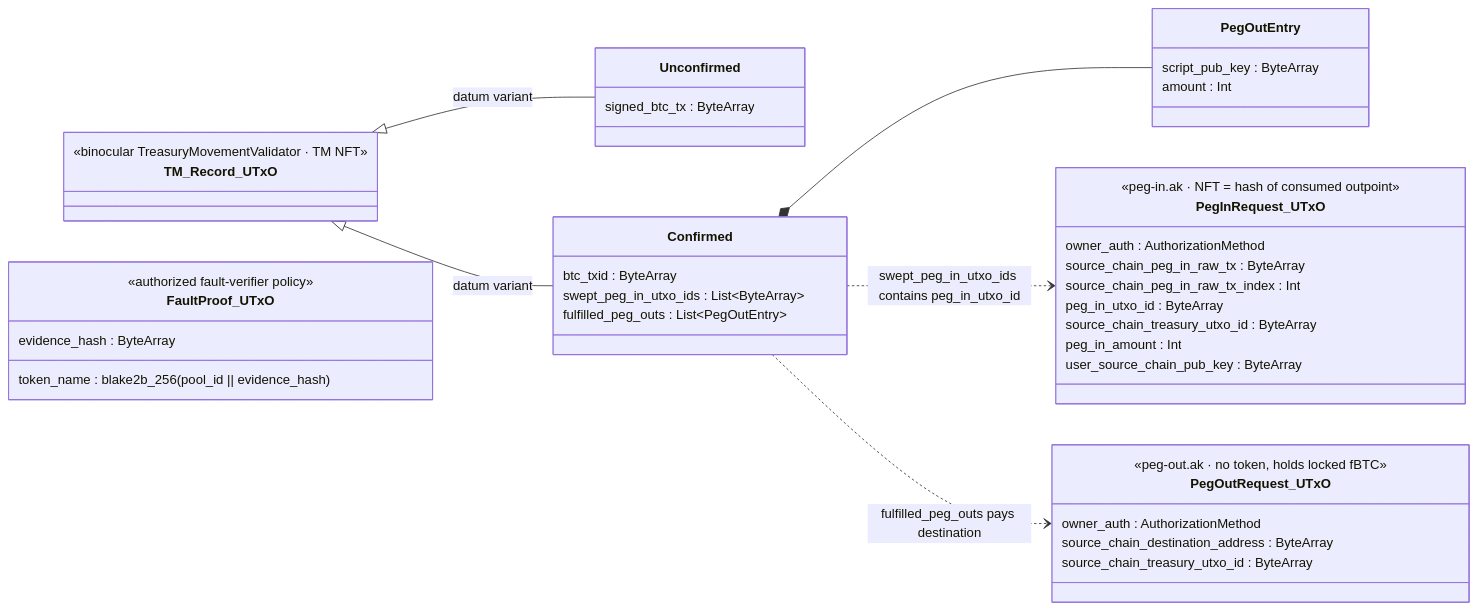
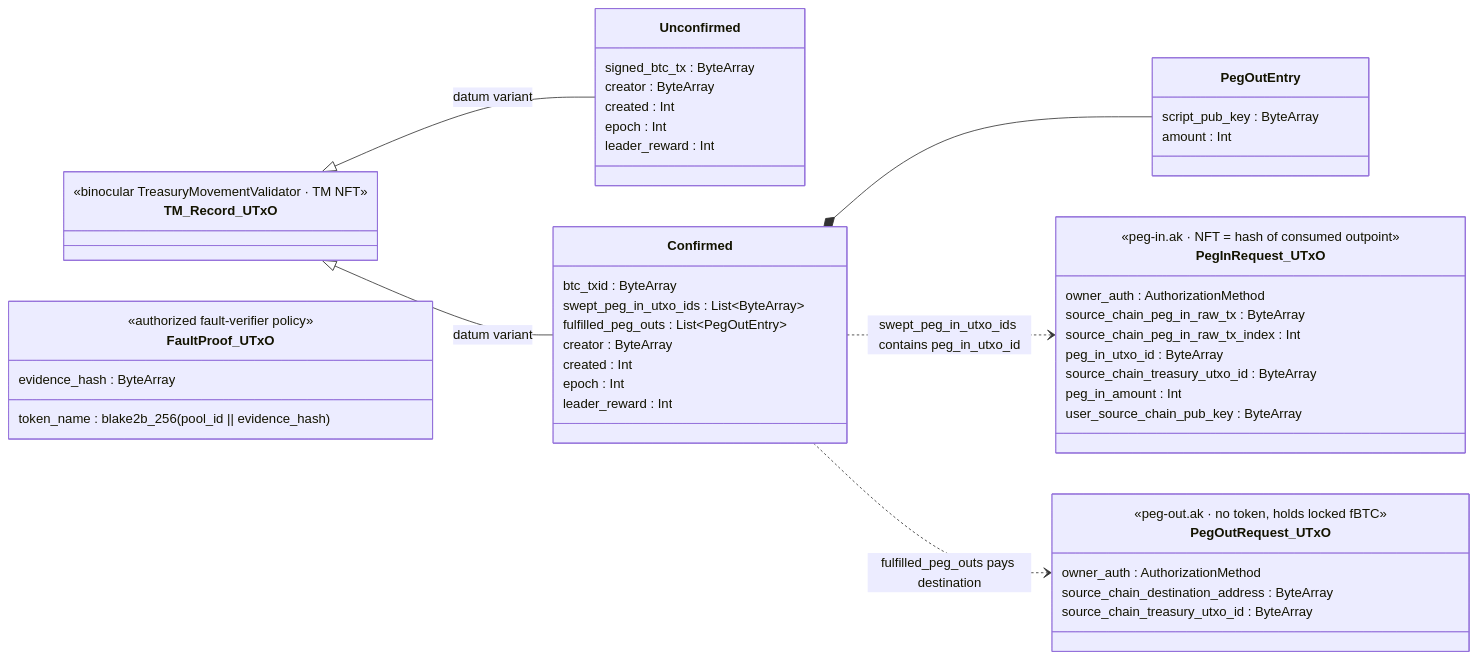
One commit to FluidTokens/ft-bifrost-bridge changed the third of 19 diagrams in documentation/technical_documentation.md. Above: the diagram before and after it, drawn with Mermaid. The commit also changed other lines of this file, not shown here.

First line of the commit message:
docs(spec): N7 — TM datum carries epoch + leader_reward (and creator/created); tm_sequence is not a datum field

````diff
--- a/documentation/technical_documentation.md
+++ b/documentation/technical_documentation.md
@@ -529,50 +529,58 @@
 ```mermaid
 classDiagram
     direction LR
 
     class PegInRequest_UTxO {
         <<peg-in.ak · NFT = hash of consumed outpoint>>
         owner_auth : AuthorizationMethod
         source_chain_peg_in_raw_tx : ByteArray
         source_chain_peg_in_raw_tx_index : Int
         peg_in_utxo_id : ByteArray
         source_chain_treasury_utxo_id : ByteArray
         peg_in_amount : Int
         user_source_chain_pub_key : ByteArray
     }
 
     class PegOutRequest_UTxO {
         <<peg-out.ak · no token, holds locked fBTC>>
         owner_auth : AuthorizationMethod
         source_chain_destination_address : ByteArray
         source_chain_treasury_utxo_id : ByteArray
     }
 
     class TM_Record_UTxO {
         <<binocular TreasuryMovementValidator · TM NFT>>
     }
     class Unconfirmed {
         signed_btc_tx : ByteArray
+        creator : ByteArray
+        created : Int
+        epoch : Int
+        leader_reward : Int
     }
     class Confirmed {
         btc_txid : ByteArray
         swept_peg_in_utxo_ids : List~ByteArray~
         fulfilled_peg_outs : List~PegOutEntry~
+        creator : ByteArray
+        created : Int
+        epoch : Int
+        leader_reward : Int
     }
     class PegOutEntry {
         script_pub_key : ByteArray
         amount : Int
     }
     TM_Record_UTxO <|-- Unconfirmed : datum variant
     TM_Record_UTxO <|-- Confirmed : datum variant
     Confirmed *-- PegOutEntry
 
     class FaultProof_UTxO {
         <<authorized fault-verifier policy>>
         token_name : blake2b_256(pool_id || evidence_hash)
         evidence_hash : ByteArray
     }
 
     Confirmed ..> PegInRequest_UTxO : swept_peg_in_utxo_ids contains peg_in_utxo_id
     Confirmed ..> PegOutRequest_UTxO : fulfilled_peg_outs pays destination
 ```
````
